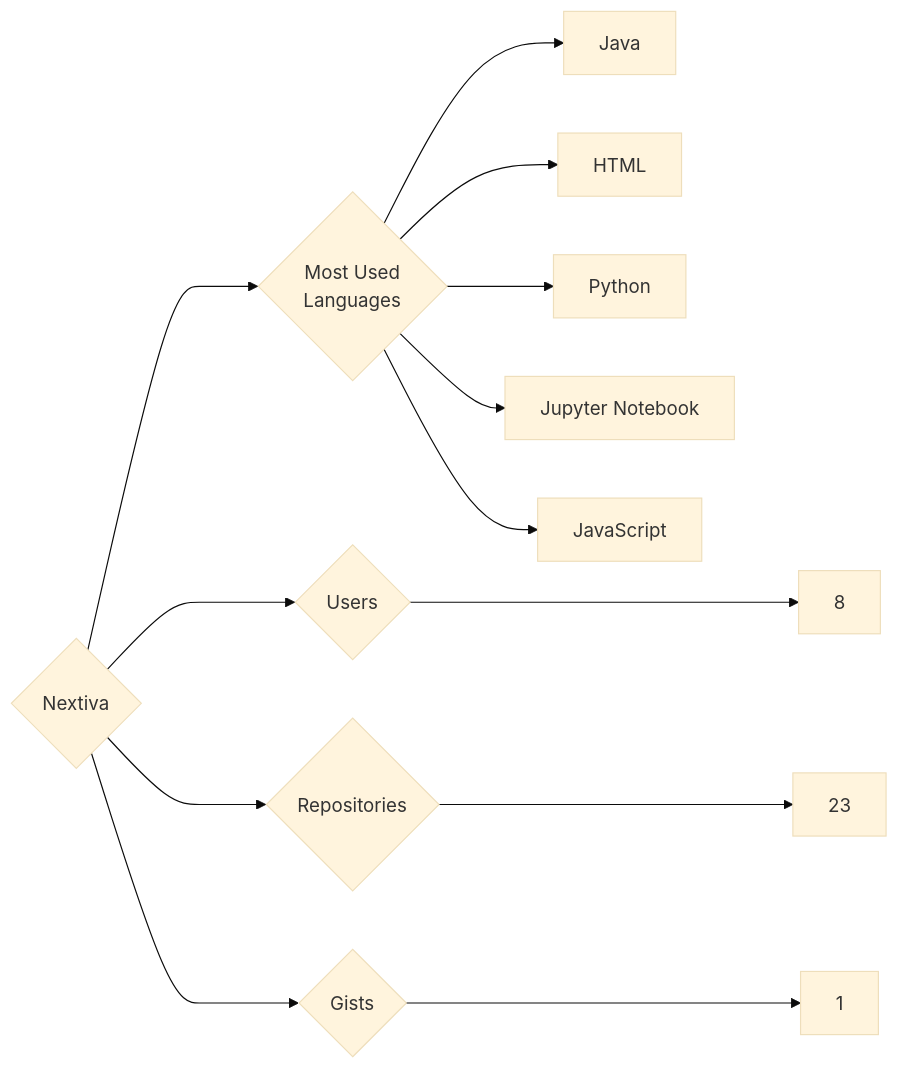
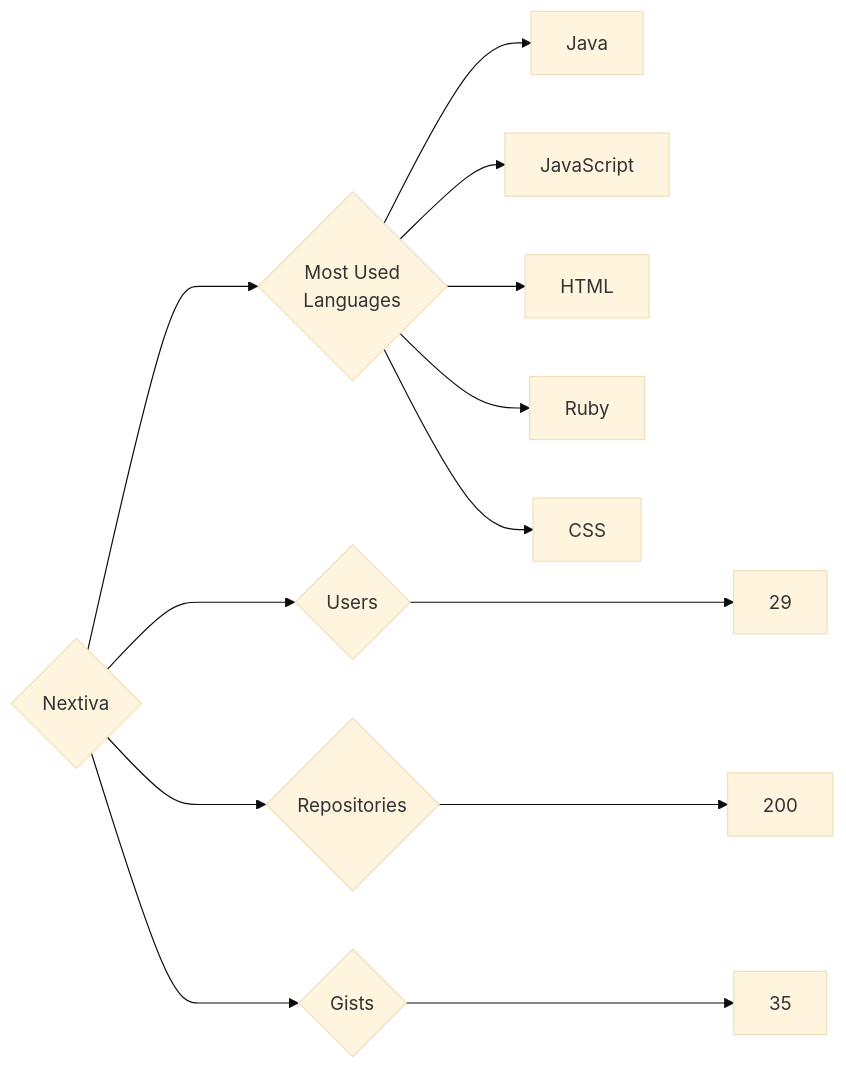
The diagram in targets/Nextiva/README.md (trickest/insiders), drawn with Mermaid (base theme) before and after one commit. The commit also changed 597 other files, not shown here.

````diff
--- a/targets/Nextiva/README.md
+++ b/targets/Nextiva/README.md
@@ -3,13 +3,13 @@
 ```mermaid
 graph LR
 COMPANY_NAME{Nextiva}
-COMPANY_NAME ---> U{Users} ---> UN[8]
-COMPANY_NAME ---> R{Repositories} ---> RN[23]
-COMPANY_NAME ---> G{Gists} ---> GN[1]
+COMPANY_NAME ---> U{Users} ---> UN[29]
+COMPANY_NAME ---> R{Repositories} ---> RN[200]
+COMPANY_NAME ---> G{Gists} ---> GN[35]
 COMPANY_NAME ---> ML{Most Used<br>Languages}
 ML --> Java[Java]
+ML --> JavaScript[JavaScript]
 ML --> HTML[HTML]
-ML --> Python[Python]
-ML --> Jupyter_Notebook[Jupyter Notebook]
-ML --> JavaScript[JavaScript]
+ML --> Ruby[Ruby]
+ML --> CSS[CSS]
 ```
````
